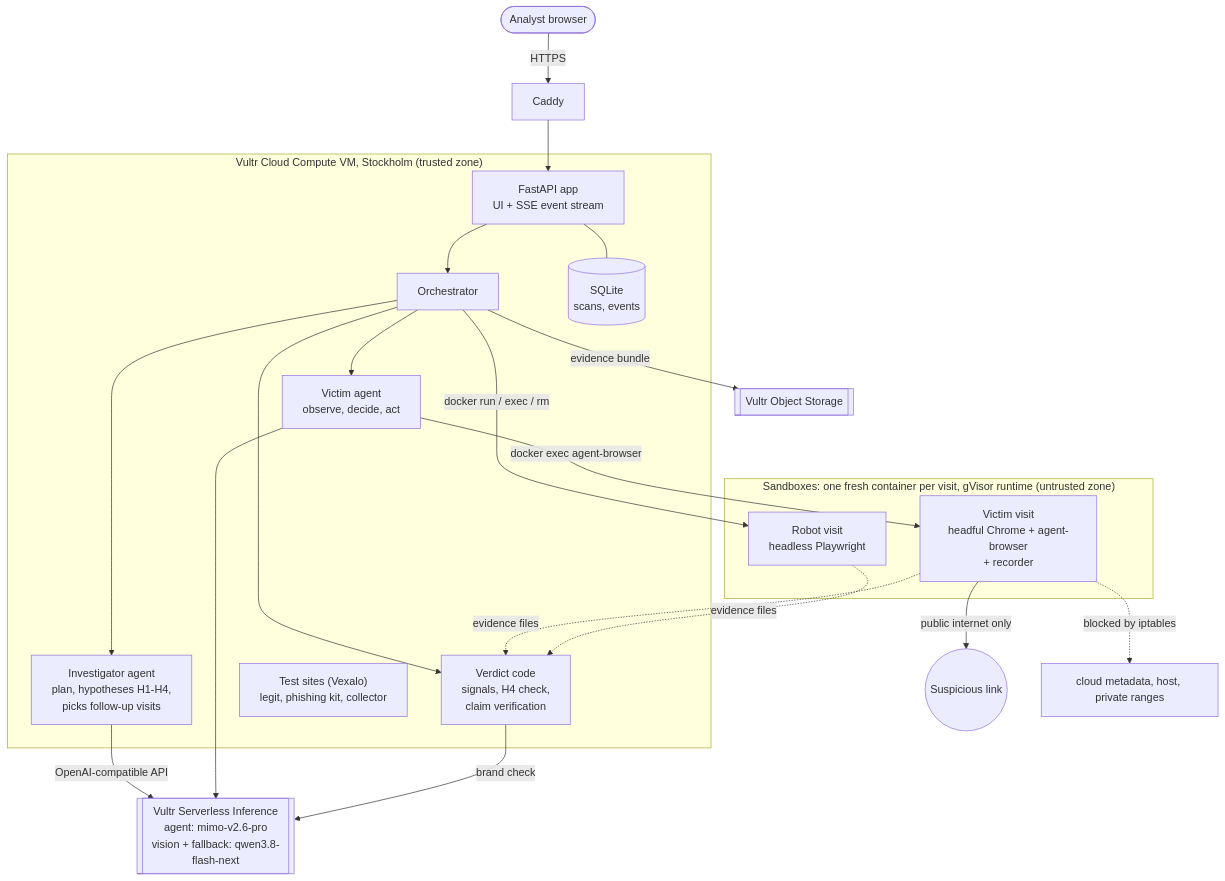
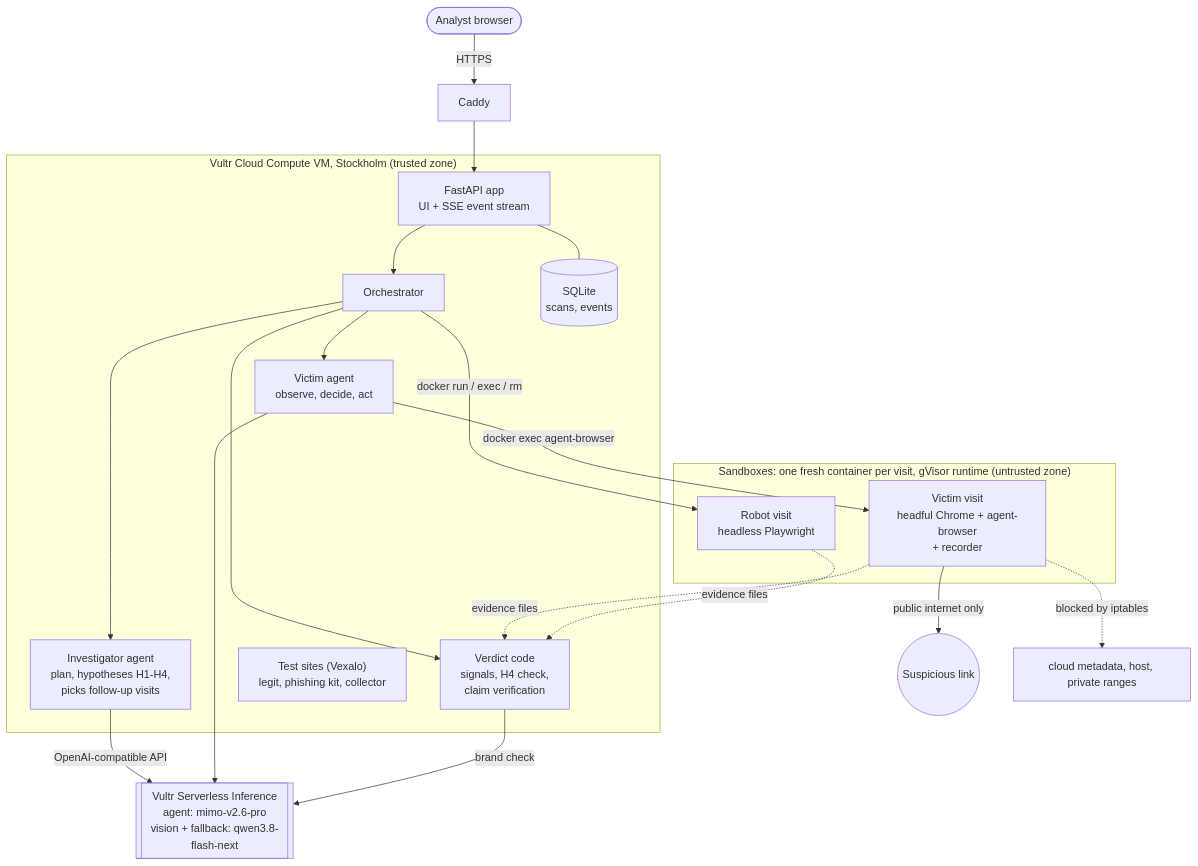
Before and after one commit to rov33r/Phish-Detonator: the first of 2 diagrams in docs/ARCHITECTURE.md, drawn with Mermaid. The commit also changed other lines of this file and 2 other files, not shown here.

Commit message:
b: demo script for what runs today, approval step in the architecture, drop Object Storage and signing claims (#54)

````diff
--- a/docs/ARCHITECTURE.md
+++ b/docs/ARCHITECTURE.md
@@ -7,37 +7,36 @@
 ```mermaid
 flowchart TB
     analyst([Analyst browser]) -->|HTTPS| caddy[Caddy]
     caddy --> app
 
     subgraph host["Vultr Cloud Compute VM, Stockholm (trusted zone)"]
         app["FastAPI app<br/>UI + SSE event stream"]
         orch[Orchestrator]
         inv["Investigator agent<br/>plan, hypotheses H1-H4,<br/>picks follow-up visits"]
         agent["Victim agent<br/>observe, decide, act"]
         verdict["Verdict code<br/>signals, H4 check,<br/>claim verification"]
         db[(SQLite<br/>scans, events)]
         fixtures["Test sites (Vexalo)<br/>legit, phishing kit, collector"]
         app --> orch --> inv
         orch --> agent
         orch --> verdict
         app --- db
     end
 
     subgraph sandboxes["Sandboxes: one fresh container per visit, gVisor runtime (untrusted zone)"]
         robot["Robot visit<br/>headless Playwright"]
         victim["Victim visit<br/>headful Chrome + agent-browser<br/>+ recorder"]
     end
 
     orch -->|docker run / exec / rm| robot
     agent -->|docker exec agent-browser| victim
     victim -. evidence files .-> verdict
     robot -. evidence files .-> verdict
 
     inv -->|OpenAI-compatible API| vsi[["Vultr Serverless Inference<br/>agent: mimo-v2.6-pro<br/>vision + fallback: qwen3.8-flash-next"]]
     agent --> vsi
     verdict -->|brand check| vsi
-    orch -->|evidence bundle| s3[["Vultr Object Storage"]]
 
     victim -->|public internet only| web((Suspicious link))
     victim -.->|blocked by iptables| lan["cloud metadata, host, private ranges"]
 ```
````
